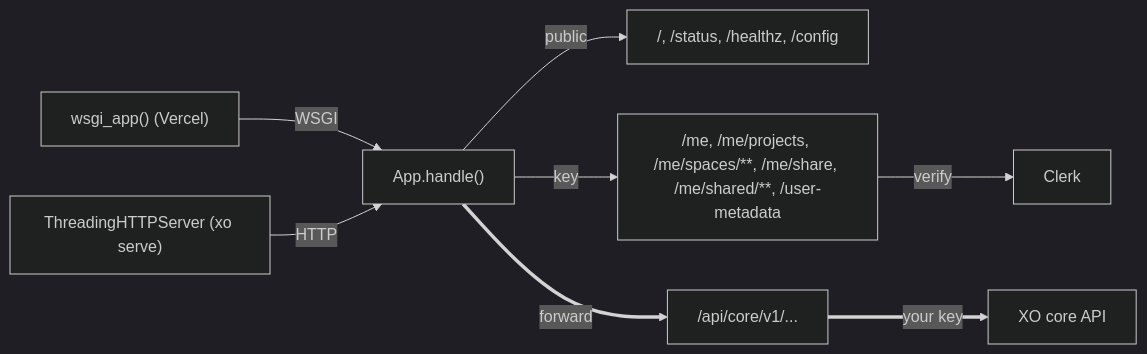
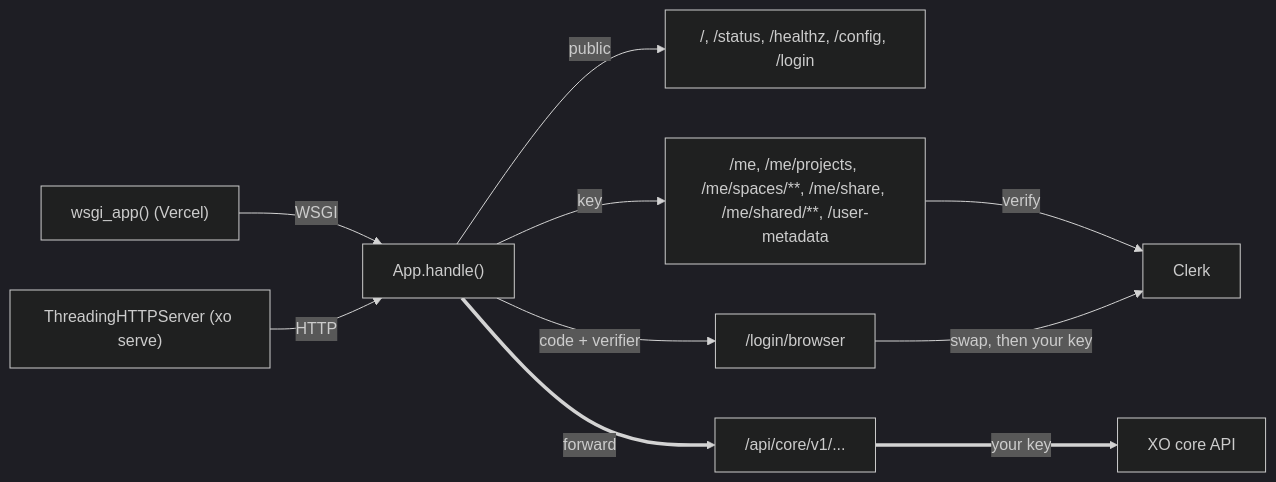
Diagram 29 of 31 in docs/architecture.md (quirq-ai/xo), drawn with Mermaid (dark theme) before and after one commit. The commit also changed other lines of this file and 12 other files, not shown here.

First line of the commit message:
xo login in a browser: Clerk sign-in, then your existing key or a new one (#56)

````diff
--- a/docs/architecture.md
+++ b/docs/architecture.md
@@ -602,8 +623,9 @@
 ```mermaid
 flowchart LR
   wsgi["wsgi_app() (Vercel)"] -- WSGI --> app["App.handle()"]
   http["ThreadingHTTPServer (xo serve)"] -- HTTP --> app
-  app -- public --> pub["/, /status, /healthz, /config"]
+  app -- public --> pub["/, /status, /healthz, /config, /login"]
   app -- key --> acct["/me, /me/projects, /me/spaces/**, /me/share, /me/shared/**, /user-metadata"] -- verify --> clerk[Clerk]
   app == forward ==> fwd["/api/core/v1/..."] == your key ==> core[XO core API]
+  app -- "code + verifier" --> login["/login/browser"] -- "swap, then your key" --> clerk
 ```
````
